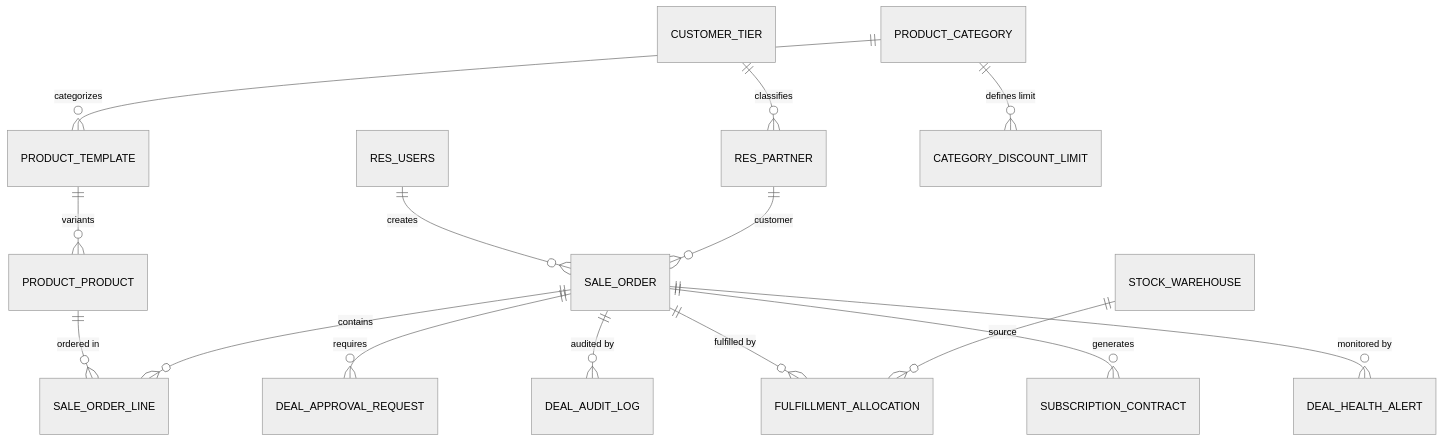
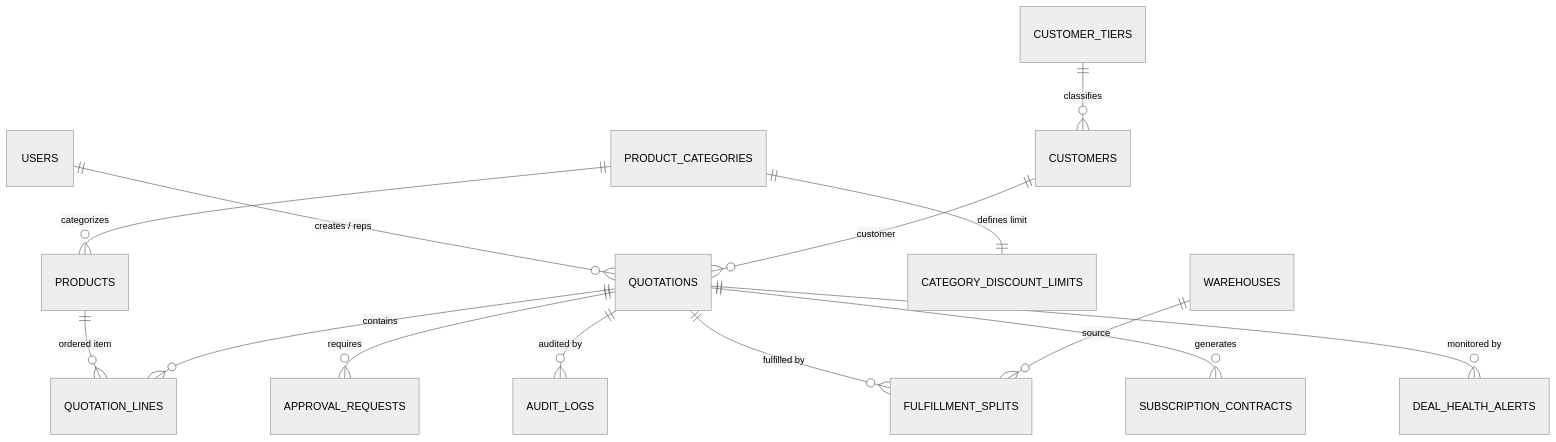
Before and after one commit to aniruddh209/Odoo-Heckathon-Gandhinagar: the second of 3 diagrams in docs/DEALFLOW360_MASTER_PRD.md, drawn with Mermaid (neutral theme). The commit also changed other lines of this file and 10 other files, not shown here.

Commit message:
chore(architecture): lock stack to React + ASP.NET Core + SQL Server and align documentation

````diff
--- a/docs/DEALFLOW360_MASTER_PRD.md
+++ b/docs/DEALFLOW360_MASTER_PRD.md
@@ -441,17 +441,16 @@
 ```mermaid
 erDiagram
-    RES_USERS ||--o{ SALE_ORDER : "creates"
-    RES_PARTNER ||--o{ SALE_ORDER : "customer"
-    CUSTOMER_TIER ||--o{ RES_PARTNER : "classifies"
-    PRODUCT_CATEGORY ||--o{ PRODUCT_TEMPLATE : "categorizes"
-    PRODUCT_CATEGORY ||--o{ CATEGORY_DISCOUNT_LIMIT : "defines limit"
-    PRODUCT_TEMPLATE ||--o{ PRODUCT_PRODUCT : "variants"
-    PRODUCT_PRODUCT ||--o{ SALE_ORDER_LINE : "ordered in"
-    SALE_ORDER ||--o{ SALE_ORDER_LINE : "contains"
-    SALE_ORDER ||--o{ DEAL_APPROVAL_REQUEST : "requires"
-    SALE_ORDER ||--o{ DEAL_AUDIT_LOG : "audited by"
-    SALE_ORDER ||--o{ FULFILLMENT_ALLOCATION : "fulfilled by"
-    STOCK_WAREHOUSE ||--o{ FULFILLMENT_ALLOCATION : "source"
-    SALE_ORDER ||--o{ SUBSCRIPTION_CONTRACT : "generates"
-    SALE_ORDER ||--o{ DEAL_HEALTH_ALERT : "monitored by"
+    USERS ||--o{ QUOTATIONS : "creates / reps"
+    CUSTOMERS ||--o{ QUOTATIONS : "customer"
+    CUSTOMER_TIERS ||--o{ CUSTOMERS : "classifies"
+    PRODUCT_CATEGORIES ||--o{ PRODUCTS : "categorizes"
+    PRODUCT_CATEGORIES ||--|| CATEGORY_DISCOUNT_LIMITS : "defines limit"
+    PRODUCTS ||--o{ QUOTATION_LINES : "ordered item"
+    QUOTATIONS ||--o{ QUOTATION_LINES : "contains"
+    QUOTATIONS ||--o{ APPROVAL_REQUESTS : "requires"
+    QUOTATIONS ||--o{ AUDIT_LOGS : "audited by"
+    QUOTATIONS ||--o{ FULFILLMENT_SPLITS : "fulfilled by"
+    WAREHOUSES ||--o{ FULFILLMENT_SPLITS : "source"
+    QUOTATIONS ||--o{ SUBSCRIPTION_CONTRACTS : "generates"
+    QUOTATIONS ||--o{ DEAL_HEALTH_ALERTS : "monitored by"
 ```
````
